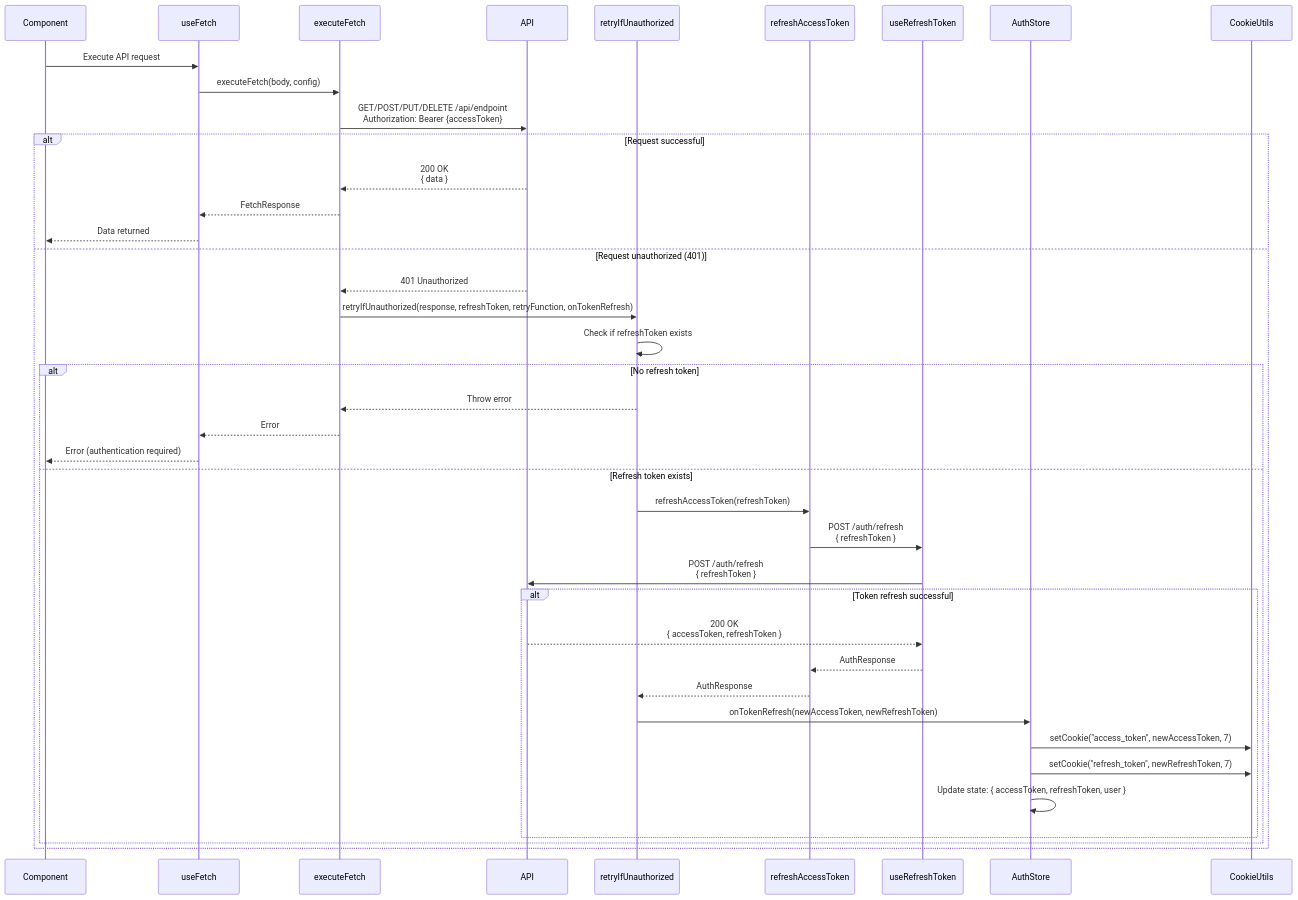
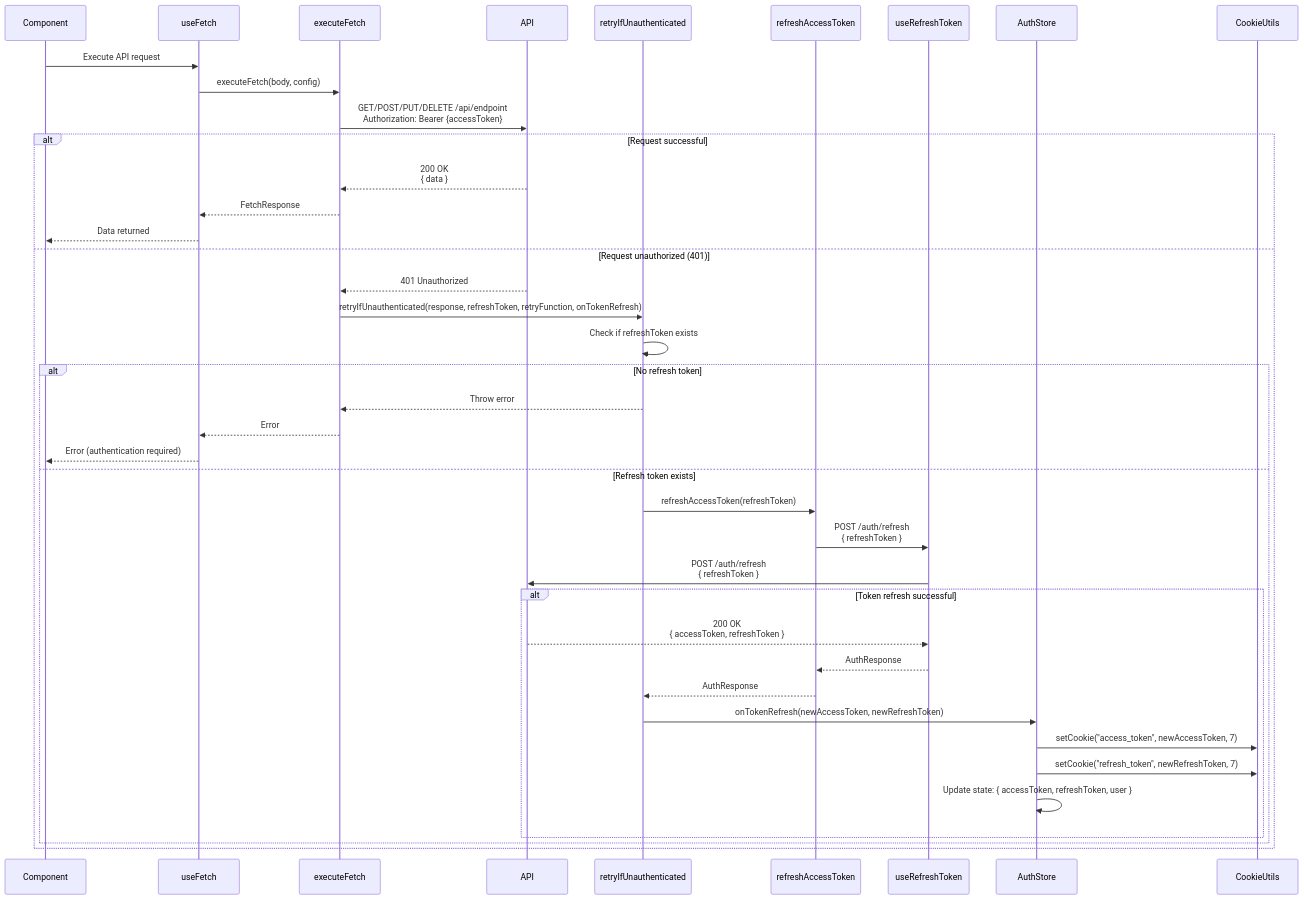
One commit to DamienReichhart/BackTrade changed the diagram in documentation/features/frontend/auth/sequence-token-refresh-flow.mmd. Above: the diagram before and after it, drawn with Mermaid. The commit also changed 56 other files, not shown here.

```diff
--- a/documentation/features/frontend/auth/sequence-token-refresh-flow.mmd
+++ b/documentation/features/frontend/auth/sequence-token-refresh-flow.mmd
@@ -1,46 +1,46 @@
 sequenceDiagram
     participant Component
     participant useFetch
     participant executeFetch
     participant API
-    participant retryIfUnauthorized
+    participant retryIfUnauthenticated
     participant refreshAccessToken
     participant useRefreshToken
     participant AuthStore
     participant CookieUtils
     
     Component->>useFetch: Execute API request
     useFetch->>executeFetch: executeFetch(body, config)
     executeFetch->>API: GET/POST/PUT/DELETE /api/endpoint<br/>Authorization: Bearer {accessToken}
     
     alt Request successful
         API-->>executeFetch: 200 OK<br/>{ data }
         executeFetch-->>useFetch: FetchResponse
         useFetch-->>Component: Data returned
     else Request unauthorized (401)
         API-->>executeFetch: 401 Unauthorized
-        executeFetch->>retryIfUnauthorized: retryIfUnauthorized(response, refreshToken, retryFunction, onTokenRefresh)
+        executeFetch->>retryIfUnauthenticated: retryIfUnauthenticated(response, refreshToken, retryFunction, onTokenRefresh)
         
-        retryIfUnauthorized->>retryIfUnauthorized: Check if refreshToken exists
+        retryIfUnauthenticated->>retryIfUnauthenticated: Check if refreshToken exists
         
         alt No refresh token
-            retryIfUnauthorized-->>executeFetch: Throw error
+            retryIfUnauthenticated-->>executeFetch: Throw error
             executeFetch-->>useFetch: Error
             useFetch-->>Component: Error (authentication required)
         else Refresh token exists
-            retryIfUnauthorized->>refreshAccessToken: refreshAccessToken(refreshToken)
+            retryIfUnauthenticated->>refreshAccessToken: refreshAccessToken(refreshToken)
             refreshAccessToken->>useRefreshToken: POST /auth/refresh<br/>{ refreshToken }
             useRefreshToken->>API: POST /auth/refresh<br/>{ refreshToken }
             
             alt Token refresh successful
                 API-->>useRefreshToken: 200 OK<br/>{ accessToken, refreshToken }
                 useRefreshToken-->>refreshAccessToken: AuthResponse
-                refreshAccessToken-->>retryIfUnauthorized: AuthResponse
+                refreshAccessToken-->>retryIfUnauthenticated: AuthResponse
                 
-                retryIfUnauthorized->>AuthStore: onTokenRefresh(newAccessToken, newRefreshToken)
+                retryIfUnauthenticated->>AuthStore: onTokenRefresh(newAccessToken, newRefreshToken)
                 AuthStore->>CookieUtils: setCookie("access_token", newAccessToken, 7)
                 AuthStore->>CookieUtils: setCookie("refresh_token", newRefreshToken, 7)
                 AuthStore->>AuthStore: Update state: { accessToken, refreshToken, user }
             end
         end
 end
```
